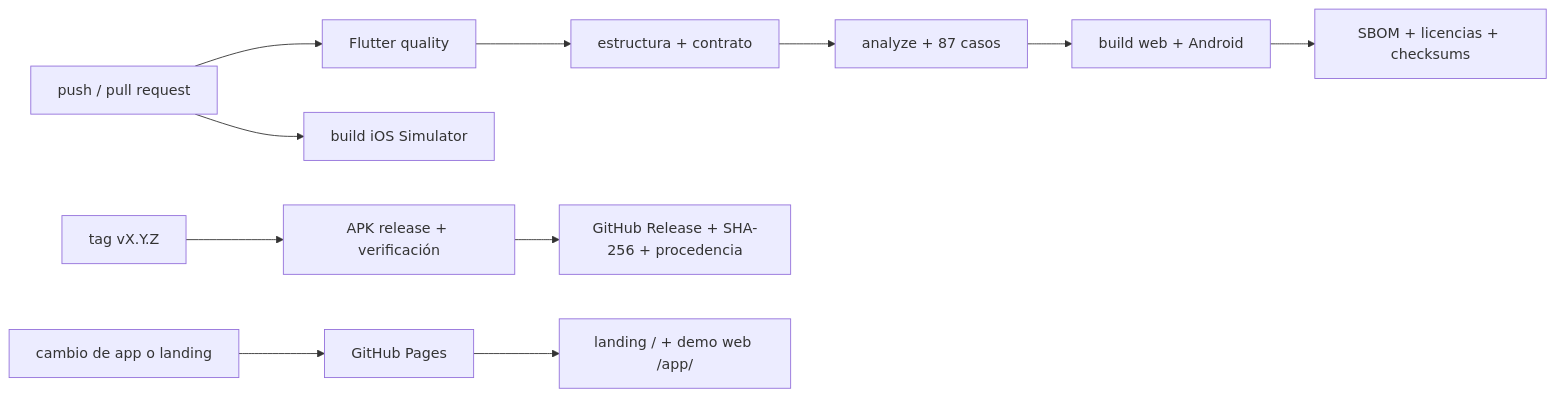
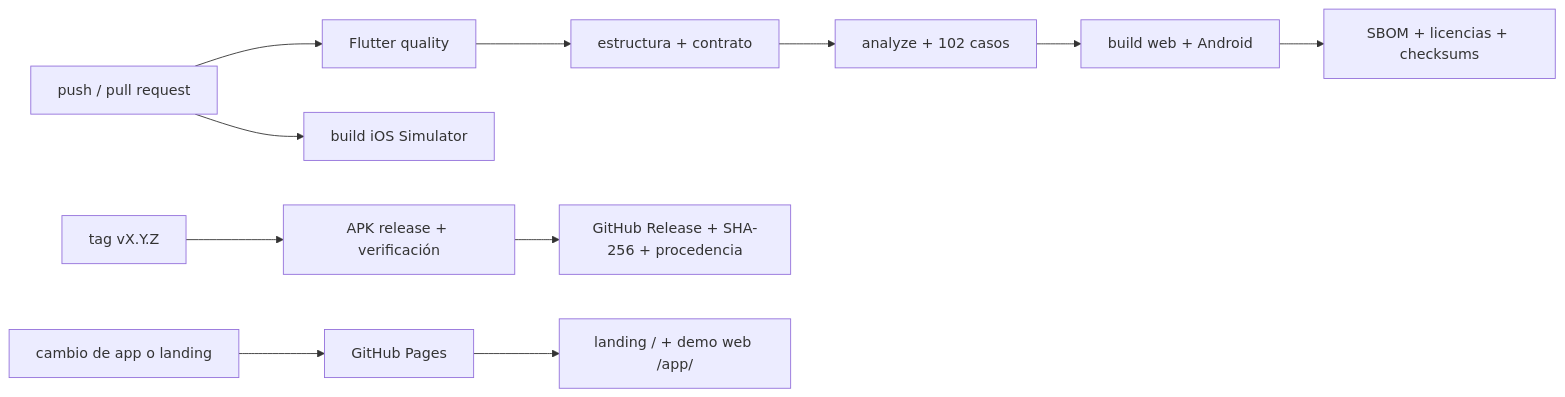
Before and after one commit to vladimiracunadev-create/rootcause-qr-inspector: the diagram in docs/CI_GITHUB.md, drawn with Mermaid. The commit also changed 45 other files, not shown here.

````diff
--- a/docs/CI_GITHUB.md
+++ b/docs/CI_GITHUB.md
@@ -5,13 +5,13 @@
 ```mermaid
 flowchart LR
     P["push / pull request"] --> Q["Flutter quality"]
     Q --> S["estructura + contrato"]
-    S --> A["analyze + 87 casos"]
+    S --> A["analyze + 102 casos"]
     A --> B["build web + Android"]
     B --> R["SBOM + licencias + checksums"]
     T["tag vX.Y.Z"] --> V["APK release + verificación"]
     V --> H["GitHub Release + SHA-256 + procedencia"]
     P --> M["build iOS Simulator"]
     L["cambio de app o landing"] --> G["GitHub Pages"]
     G --> W["landing / + demo web /app/"]
 ```
````
